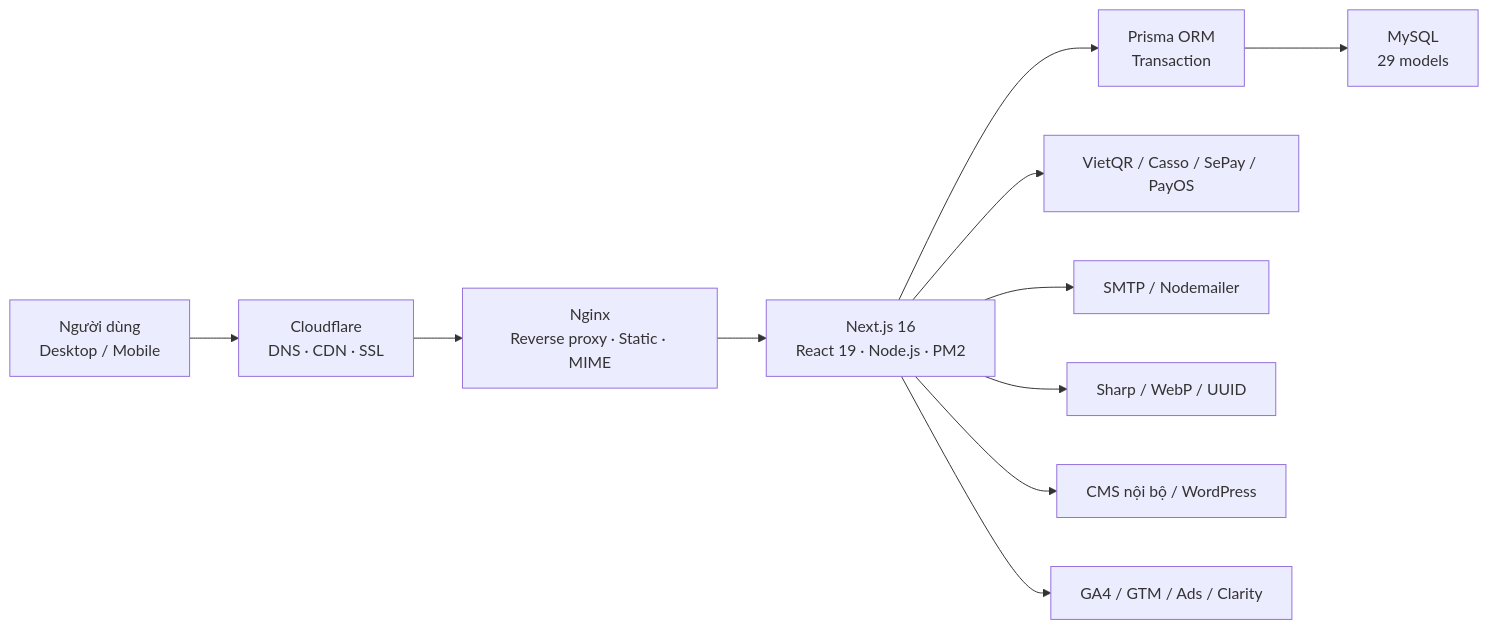
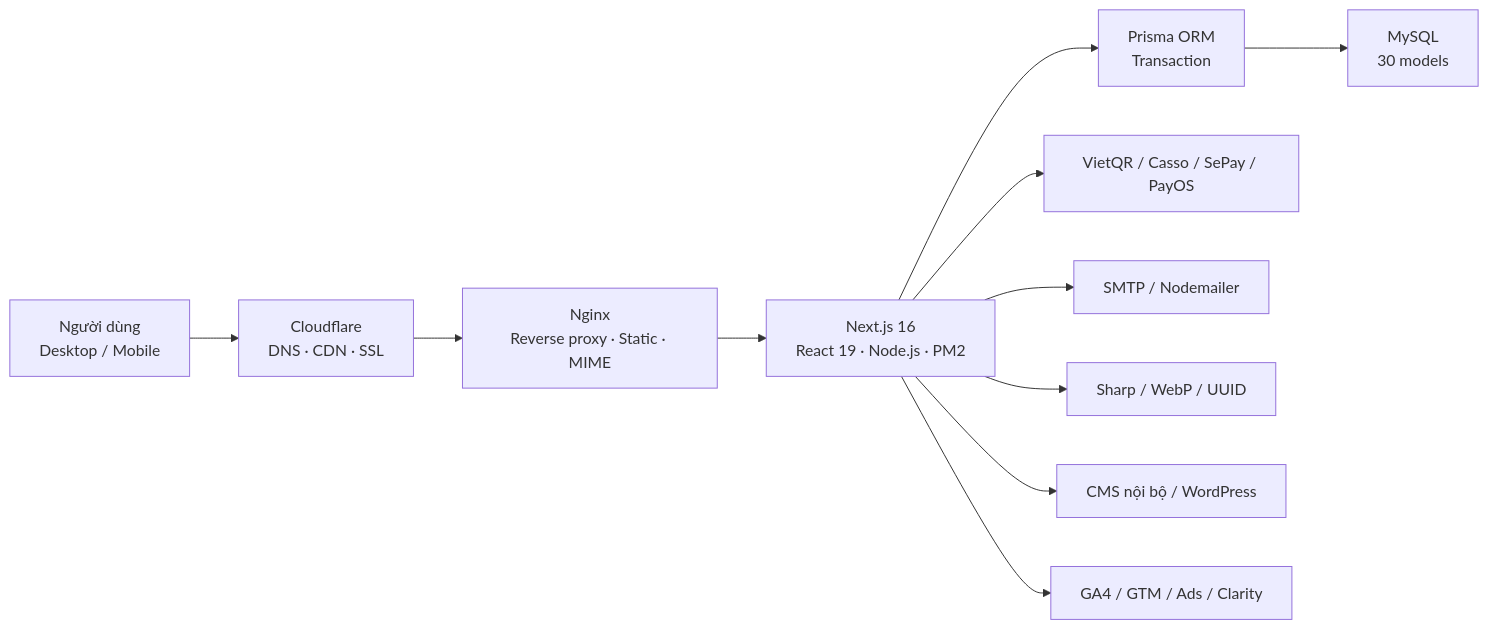
One commit to tongminhquan/mushroomie-23 changed the diagram in README.md. Above: the diagram before and after it, drawn with Mermaid. The commit also changed other lines of this file and 13 other files, not shown here.

````diff
--- a/README.md
+++ b/README.md
@@ -39,13 +39,13 @@
 ```mermaid
 flowchart LR
     U["Người dùng<br/>Desktop / Mobile"] --> CF["Cloudflare<br/>DNS · CDN · SSL"]
     CF --> NG["Nginx<br/>Reverse proxy · Static · MIME"]
     NG --> APP["Next.js 16<br/>React 19 · Node.js · PM2"]
     APP --> ORM["Prisma ORM<br/>Transaction"]
-    ORM --> DB["MySQL<br/>29 models"]
+    ORM --> DB["MySQL<br/>30 models"]
     APP --> PAY["VietQR / Casso / SePay / PayOS"]
     APP --> MAIL["SMTP / Nodemailer"]
     APP --> MEDIA["Sharp / WebP / UUID"]
     APP --> CMS["CMS nội bộ / WordPress"]
     APP --> ANALYTICS["GA4 / GTM / Ads / Clarity"]
 ```
````
